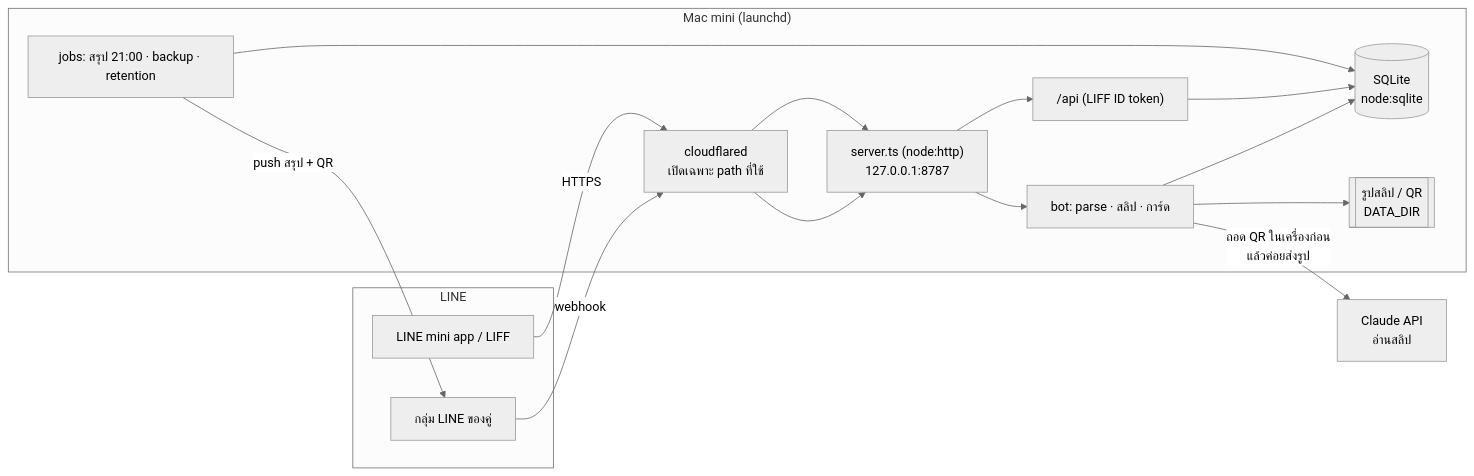
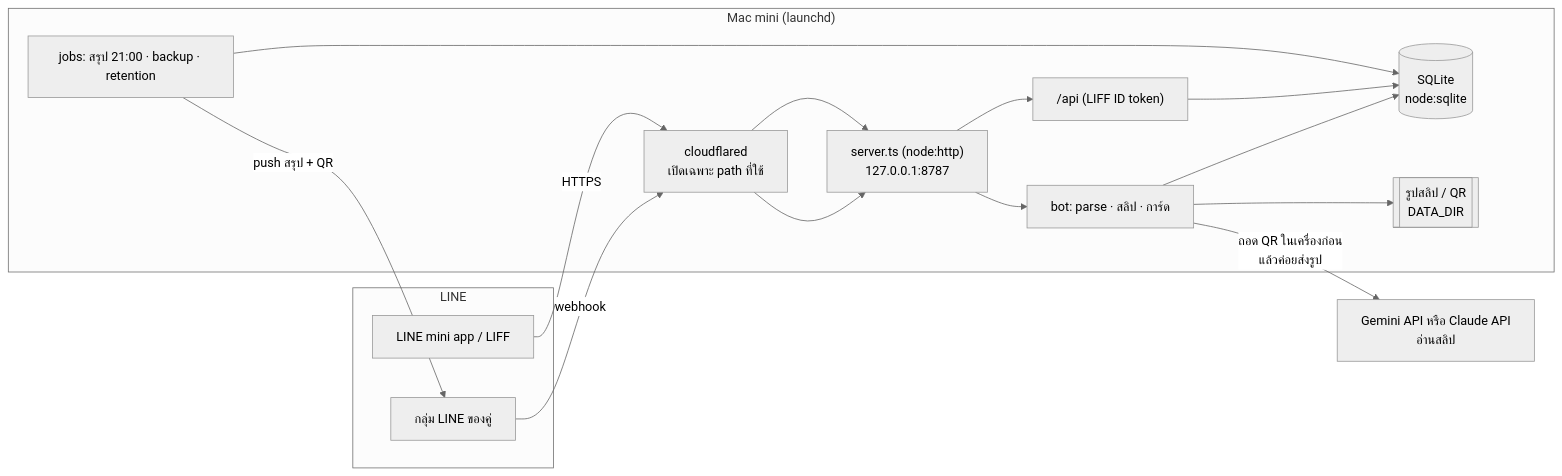
One commit to boonarit/harnkan changed the diagram in README.md. Above: the diagram before and after it, drawn with Mermaid (neutral theme). The commit also changed other lines of this file and 14 other files, not shown here.

Commit message:
feat(b16): เพิ่ม Gemini เป็นตัวอ่านสลิปค่าเริ่มต้น ผ่าน REST และ responseSchema

````diff
--- a/README.md
+++ b/README.md
@@ -39,23 +39,23 @@
 ```mermaid
 flowchart LR
   subgraph LINE
     G[กลุ่ม LINE ของคู่]
     L[LINE mini app / LIFF]
   end
   subgraph M4["Mac mini (launchd)"]
     CF[cloudflared<br/>เปิดเฉพาะ path ที่ใช้]
     S["server.ts (node:http)<br/>127.0.0.1:8787"]
     B[bot: parse · สลิป · การ์ด]
     API["/api (LIFF ID token)"]
     J["jobs: สรุป 21:00 · backup · retention"]
     DB[(SQLite<br/>node:sqlite)]
     F[[รูปสลิป / QR<br/>DATA_DIR]]
   end
-  AI[Claude API<br/>อ่านสลิป]
+  AI[Gemini API หรือ Claude API<br/>อ่านสลิป]
   G -- webhook --> CF --> S --> B --> DB
   L -- HTTPS --> CF --> S --> API --> DB
   B -- ถอด QR ในเครื่องก่อน<br/>แล้วค่อยส่งรูป --> AI
   B --> F
   J --> DB
   J -- push สรุป + QR --> G
 ```
````
